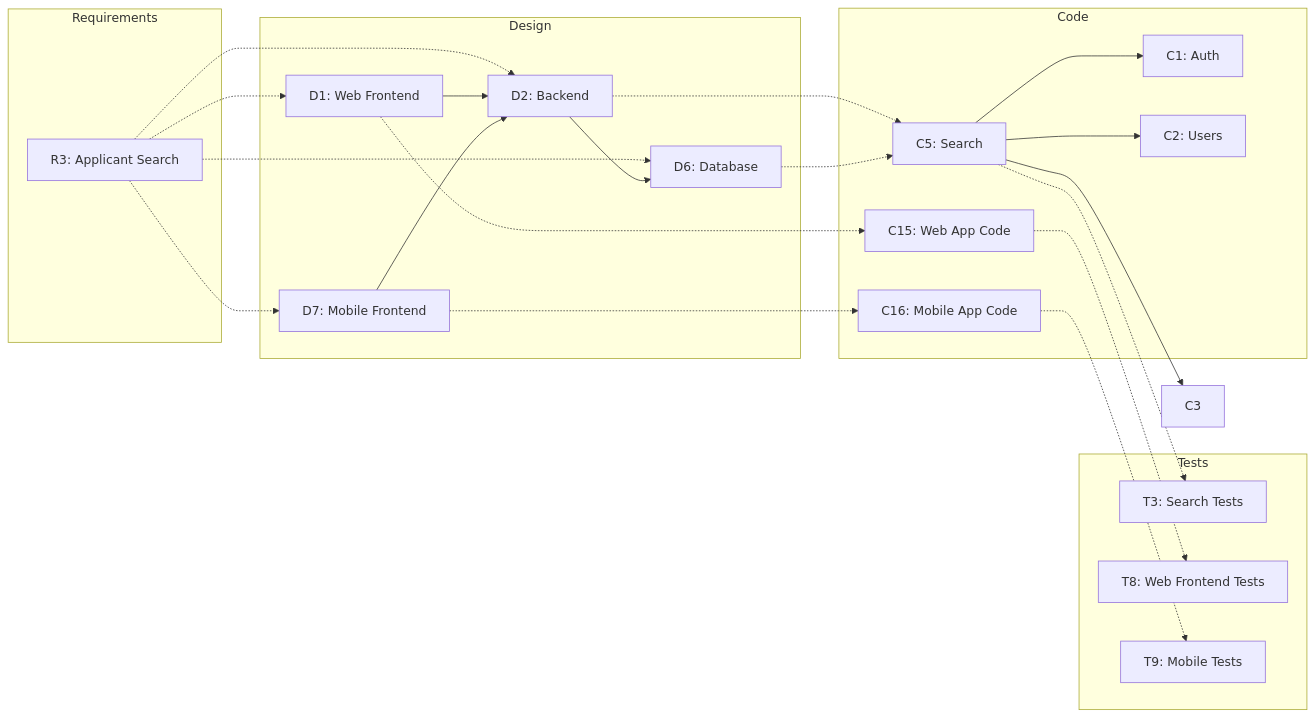
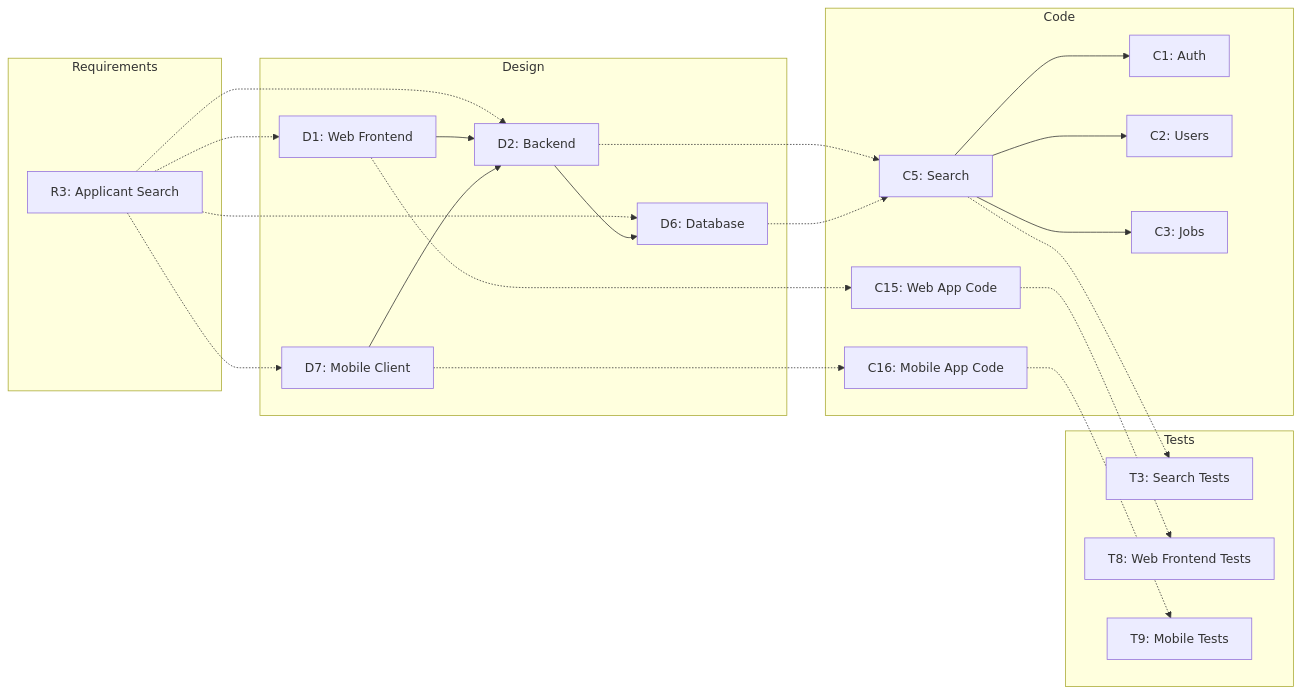
The fourth of 8 diagrams in D4_IMPACT_ANALYSIS.MD (kunruethaipat/2025-ITCS383-Chongyai), drawn with Mermaid before and after one commit. The commit also changed other lines of this file, not shown here.

````diff
--- a/D4_IMPACT_ANALYSIS.MD
+++ b/D4_IMPACT_ANALYSIS.MD
@@ -411,50 +403,51 @@
 ```mermaid
 graph LR
-
+ 
 subgraph Requirements
 R3[R3: Applicant Search]
 end
-
+ 
 subgraph Design
 D1[D1: Web Frontend]
 D2[D2: Backend]
 D6[D6: Database]
-D7[D7: Mobile Frontend]
+D7[D7: Mobile Client]
 end
-
+ 
 subgraph Code
 C1[C1: Auth]
 C2[C2: Users]
+C3[C3: Jobs]
 C5[C5: Search]
 C15[C15: Web App Code]
 C16[C16: Mobile App Code]
 end
-
+ 
 subgraph Tests
 T3[T3: Search Tests]
 T8[T8: Web Frontend Tests]
 T9[T9: Mobile Tests]
 end
-
+ 
 R3 -.-> D1
 R3 -.-> D2
 R3 -.-> D6
 R3 -.-> D7
-
+ 
 D1 --> D2
 D7 --> D2
 D2 --> D6
-
+ 
 D2 -.-> C5
 D6 -.-> C5
 D1 -.-> C15
 D7 -.-> C16
-
+ 
 C5 --> C1
 C5 --> C2
 C5 --> C3
-
+ 
 C5 -.-> T3
 C15 -.-> T8
 C16 -.-> T9
 ```
````
